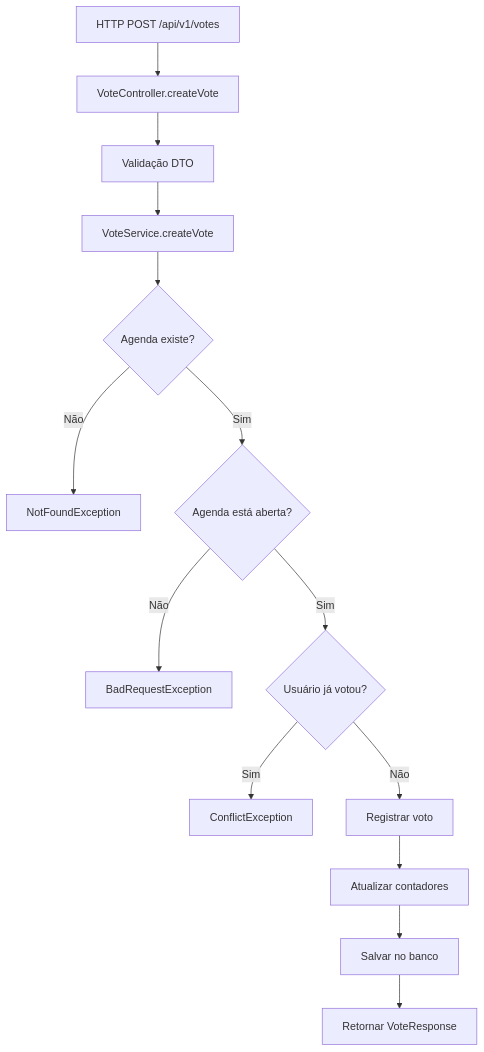
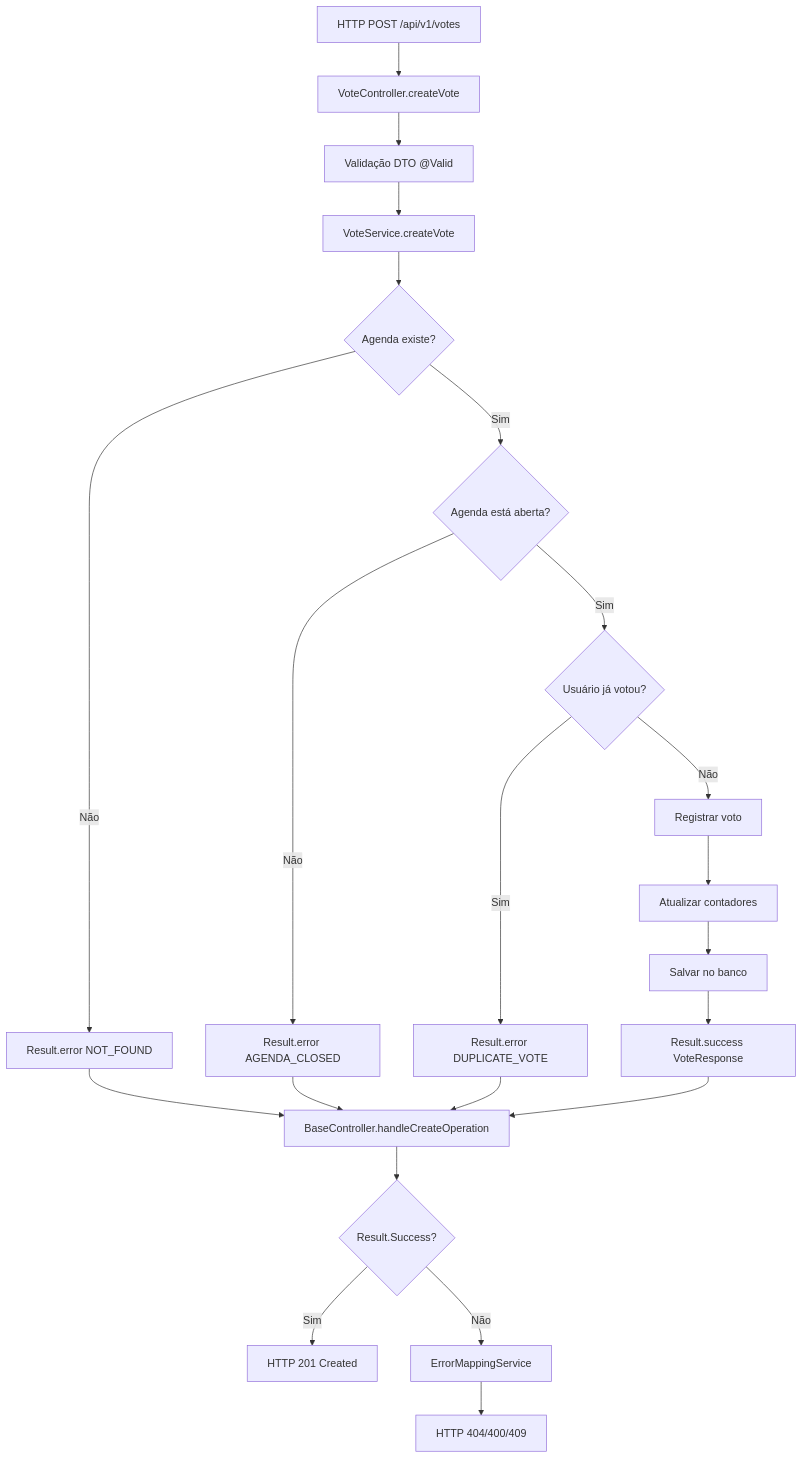
The second of 3 diagrams in backend-java/README.md (Mizerski/desafio-votacao-fullstack), drawn with Mermaid before and after one commit. The commit also changed other lines of this file and 4 other files, not shown here.

````diff
--- a/backend-java/README.md
+++ b/backend-java/README.md
@@ -289,16 +649,24 @@
 ```mermaid
 graph TD
     A[HTTP POST /api/v1/votes] --> B[VoteController.createVote]
-    B --> C[Validação DTO]
+    B --> C[Validação DTO @Valid]
     C --> D[VoteService.createVote]
     D --> E{Agenda existe?}
-    E -->|Não| F[NotFoundException]
+    E -->|Não| F[Result.error NOT_FOUND]
     E -->|Sim| G{Agenda está aberta?}
-    G -->|Não| H[BadRequestException]
+    G -->|Não| H[Result.error AGENDA_CLOSED]
     G -->|Sim| I{Usuário já votou?}
-    I -->|Sim| J[ConflictException]
+    I -->|Sim| J[Result.error DUPLICATE_VOTE]
     I -->|Não| K[Registrar voto]
     K --> L[Atualizar contadores]
     L --> M[Salvar no banco]
-    M --> N[Retornar VoteResponse]
+    M --> N[Result.success VoteResponse]
+    F --> O[BaseController.handleCreateOperation]
+    H --> O
+    J --> O
+    N --> O
+    O --> P{Result.Success?}
+    P -->|Sim| Q[HTTP 201 Created]
+    P -->|Não| R[ErrorMappingService]
+    R --> S[HTTP 404/400/409]
 ```
````
